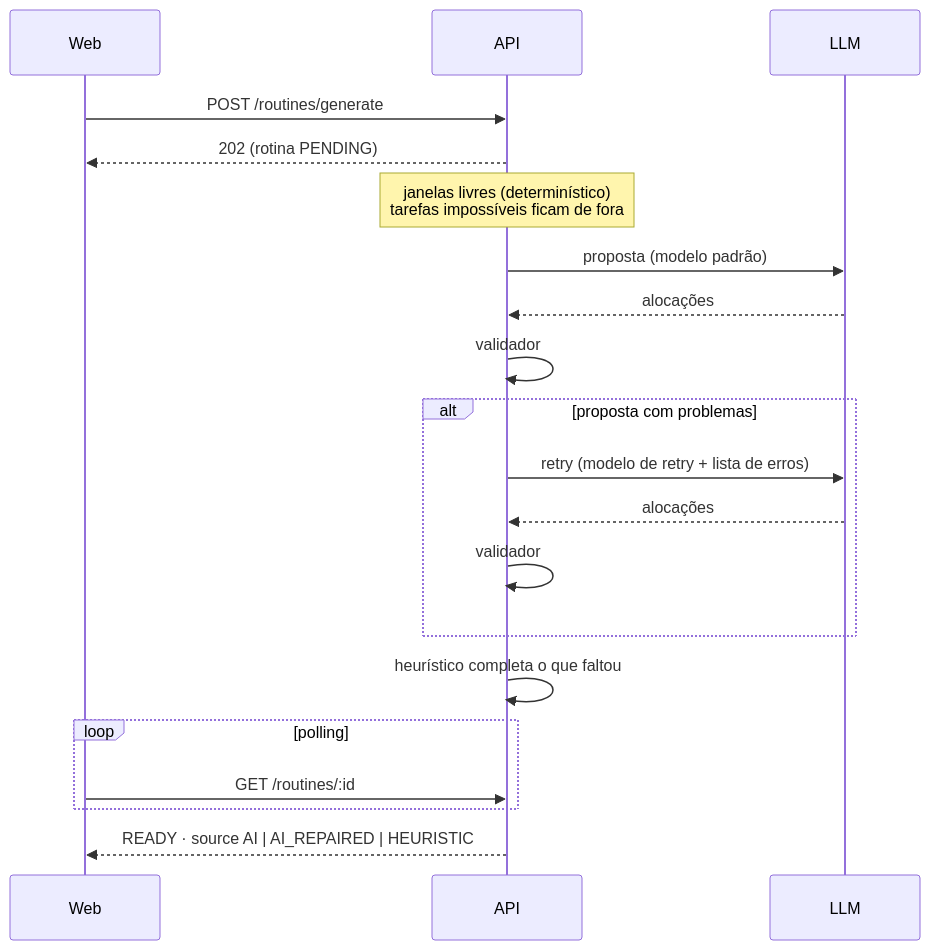
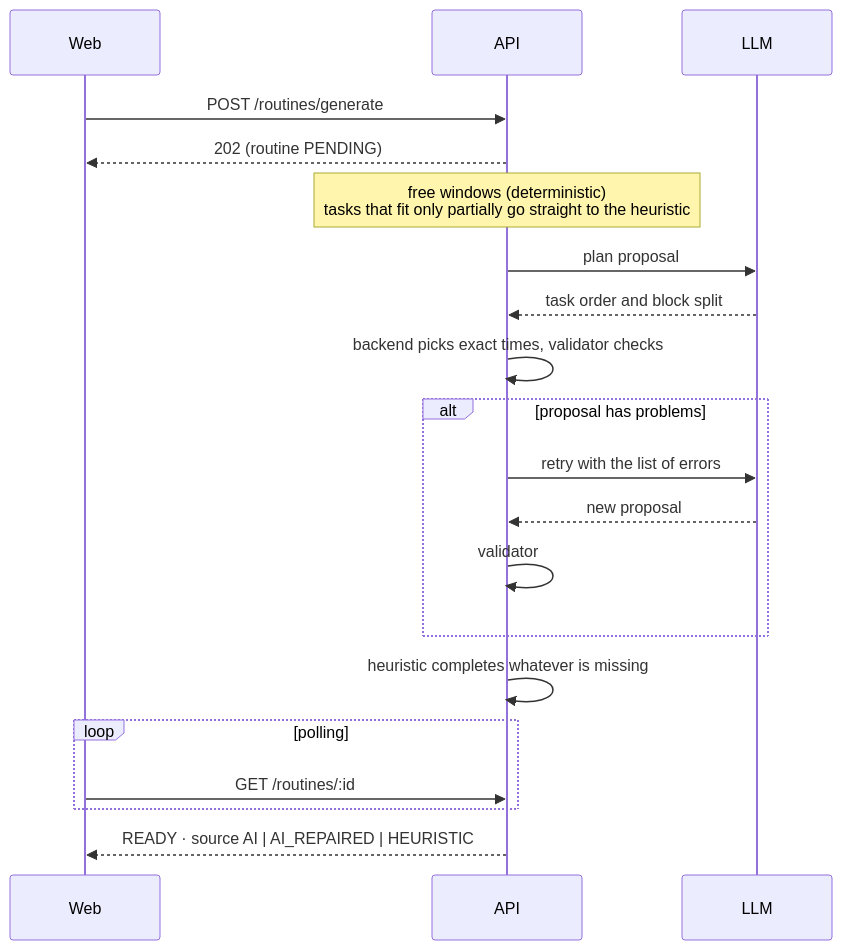
The second of 2 diagrams in README.md (Samuel-Davi/routinely), drawn with Mermaid before and after one commit. The commit also changed other lines of this file and 13 other files, not shown here.

````diff
--- a/README.md
+++ b/README.md
@@ -153,22 +144,22 @@
 ```mermaid
 sequenceDiagram
   participant W as Web
   participant A as API
   participant L as LLM
   W->>A: POST /routines/generate
-  A-->>W: 202 (rotina PENDING)
-  Note over A: janelas livres (determinístico)<br/>tarefas impossíveis ficam de fora
-  A->>L: proposta (modelo padrão)
-  L-->>A: alocações
-  A->>A: validador
-  alt proposta com problemas
-    A->>L: retry (modelo de retry + lista de erros)
-    L-->>A: alocações
-    A->>A: validador
+  A-->>W: 202 (routine PENDING)
+  Note over A: free windows (deterministic)<br/>tasks that fit only partially go straight to the heuristic
+  A->>L: plan proposal
+  L-->>A: task order and block split
+  A->>A: backend picks exact times, validator checks
+  alt proposal has problems
+    A->>L: retry with the list of errors
+    L-->>A: new proposal
+    A->>A: validator
   end
-  A->>A: heurístico completa o que faltou
+  A->>A: heuristic completes whatever is missing
   loop polling
     W->>A: GET /routines/:id
   end
   A-->>W: READY · source AI | AI_REPAIRED | HEURISTIC
 ```
````
